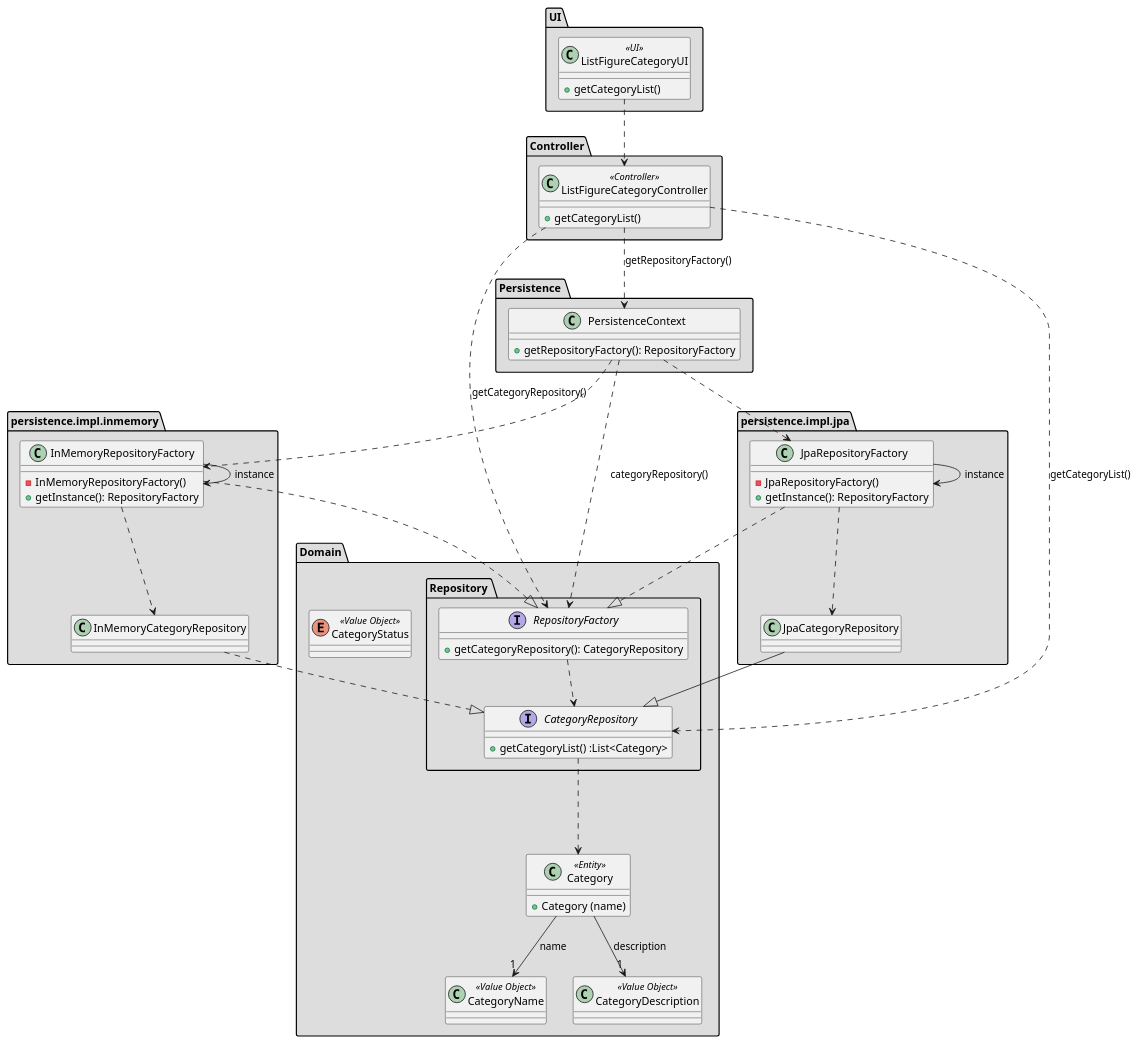
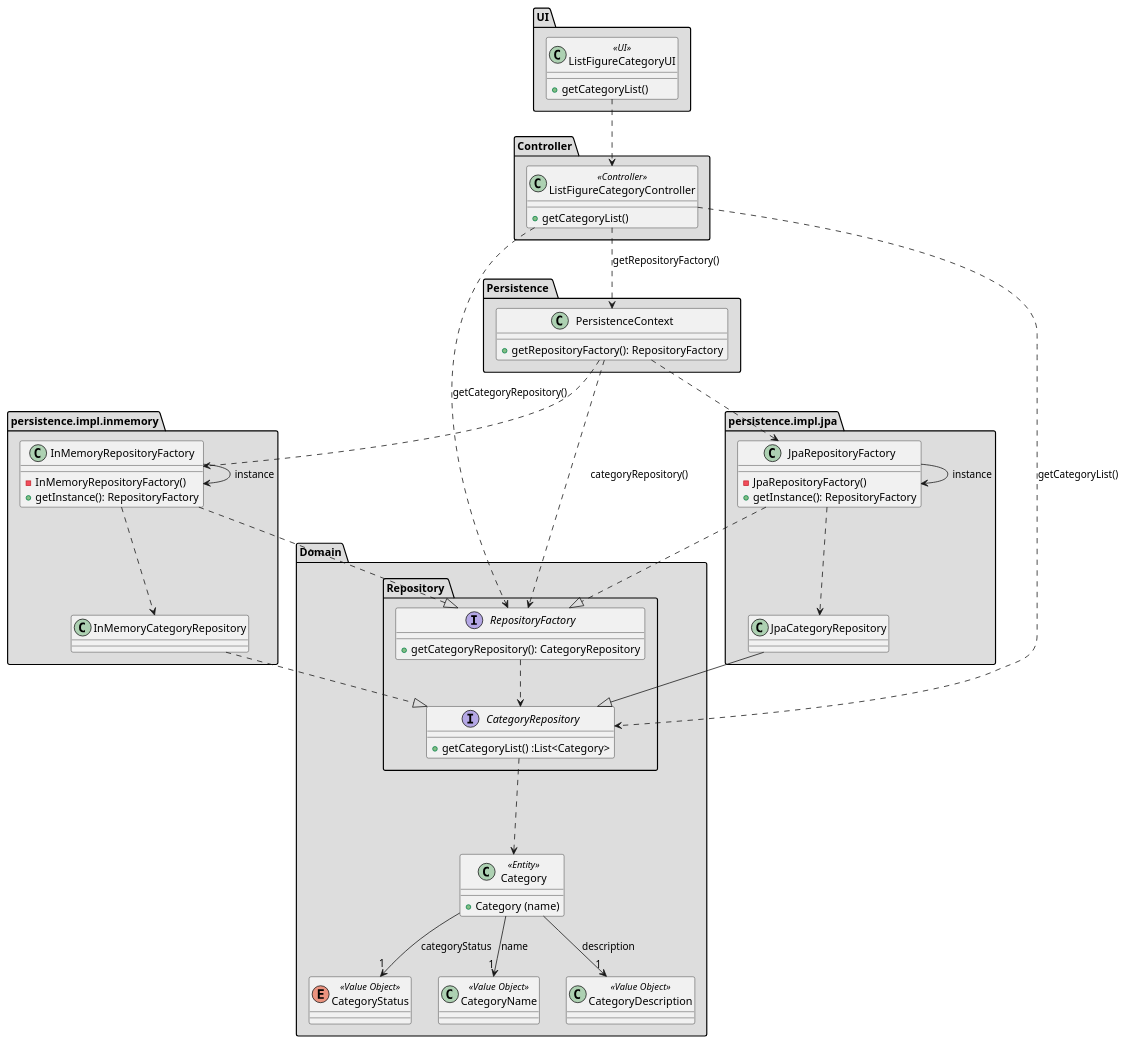
Before and after one commit to diogoveirospro/sem4pi-2024-2025-sem4pi_2024_2025_g44: the diagram in docs/SPRINT_2/US247/puml/class-diagram-247.puml, drawn with PlantUML. The commit also changed 4 other files, not shown here.

```diff
--- a/docs/SPRINT_2/US247/puml/class-diagram-247.puml
+++ b/docs/SPRINT_2/US247/puml/class-diagram-247.puml
@@ -1,127 +1,128 @@
 @startuml
 set separator none
 
 package "Persistence " #DDDDDD {
     class PersistenceContext {
         + getRepositoryFactory(): RepositoryFactory
     }
 }
 
 package "persistence.impl.jpa" #DDDDDD {
     class JpaRepositoryFactory {
         - JpaRepositoryFactory()
         + getInstance(): RepositoryFactory
     }
 
     class JpaCategoryRepository {
     }
 
 }
 
 package "persistence.impl.inmemory" #DDDDDD {
     class InMemoryRepositoryFactory {
         - InMemoryRepositoryFactory()
         + getInstance(): RepositoryFactory
     }
 
     class InMemoryCategoryRepository {
     }
 }
 
 package "Domain" #DDDDDD {
 
 
     package "Repository " #DDDDDD {
         interface RepositoryFactory {
             + getCategoryRepository(): CategoryRepository
         }
 
         interface CategoryRepository {
             + getCategoryList() :List<Category>
         }
 
     }
 
     'Category Aggregate
     class Category <<Entity>>{
         + Category (name)
     }
 
     enum CategoryStatus <<Value Object>>{
     }
 
     class CategoryName <<Value Object>>{
     }
 
     class CategoryDescription <<Value Object>>{
     }
 
 }
 
 package "UI" #DDDDDD {
     class ListFigureCategoryUI <<UI>> {
         + getCategoryList()
     }
 }
 
 package "Controller" #DDDDDD {
     class ListFigureCategoryController <<Controller>> {
         + getCategoryList()
     }
 }
 
 'Persistence
 
     'PersistenceContext -> x
     PersistenceContext ..> RepositoryFactory: categoryRepository()
     PersistenceContext ..> JpaRepositoryFactory
     PersistenceContext ..> InMemoryRepositoryFactory
 
 'persistence.impl.jpa
 
     'JpaCategoryRepository -> x
     JpaCategoryRepository --|> CategoryRepository
 
     'JpaRepositoryFactory -> x
     JpaRepositoryFactory ..|> RepositoryFactory
     JpaRepositoryFactory ..> JpaCategoryRepository
     JpaRepositoryFactory --> JpaRepositoryFactory: instance
 
 'persistence.impl.inmemory
 
     'InMemoryFigureRepository -> x
     InMemoryCategoryRepository ..|> CategoryRepository
 
     'InMemoryRepositoryFactory -> x
     InMemoryRepositoryFactory ..|> RepositoryFactory
     InMemoryRepositoryFactory ..> InMemoryCategoryRepository
     InMemoryRepositoryFactory --> InMemoryRepositoryFactory: instance
 
 'Repository
 
     'CategoryRepository -> x
     CategoryRepository ...> Category
 
     'RepositoryFactory -> x
     RepositoryFactory ..> CategoryRepository
 
 'Domain
 
     'Category -> x
     Category --> "1" CategoryName: name
     Category --> "1" CategoryDescription: description
+    Category --> "1" CategoryStatus: categoryStatus
 
 'UI
 
     'ListPublicCatalogueUI -> x
     ListFigureCategoryUI ..> ListFigureCategoryController
 
 'Controller
 
     'ListPublicCatalogueController -> x
     ListFigureCategoryController ..> PersistenceContext : getRepositoryFactory()
     ListFigureCategoryController ..> RepositoryFactory : getCategoryRepository()
     ListFigureCategoryController ..> CategoryRepository : getCategoryList()
 
 
 @enduml
```
